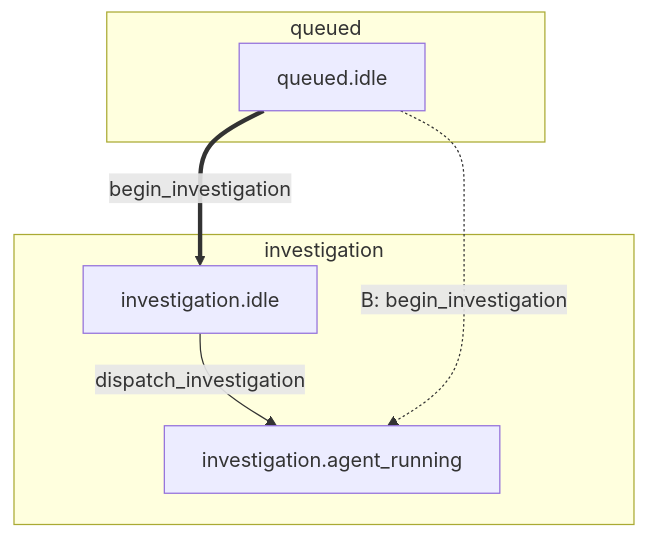
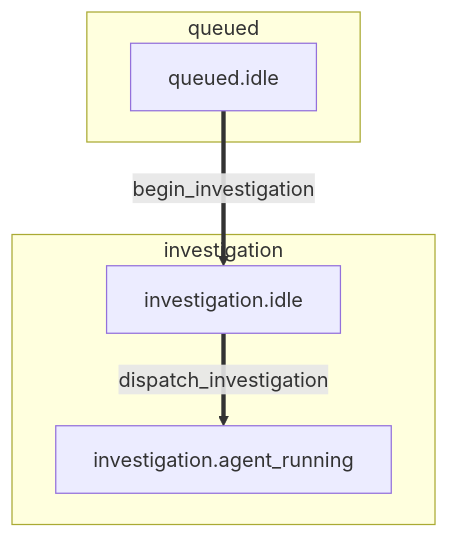
Diagram 14 of 52 in docs/state-machine/decisions.md (riseproject-dev/porting-agent), drawn with Mermaid before and after one commit. The commit also changed other lines of this file and 9 other files, not shown here.

````diff
--- a/docs/state-machine/decisions.md
+++ b/docs/state-machine/decisions.md
@@ -391,14 +341,13 @@
 ```mermaid
 flowchart TB
     subgraph queued["queued"]
         queued_idle["queued.idle"]
     end
     subgraph investigation["investigation"]
         investigation_idle["investigation.idle"]
         investigation_agent_running["investigation.agent_running"]
     end
 
     queued_idle ==>|begin_investigation| investigation_idle
-    investigation_idle -->|dispatch_investigation| investigation_agent_running
-    queued_idle -.->|"B: begin_investigation"| investigation_agent_running
+    investigation_idle ==>|dispatch_investigation| investigation_agent_running
 ```
````
